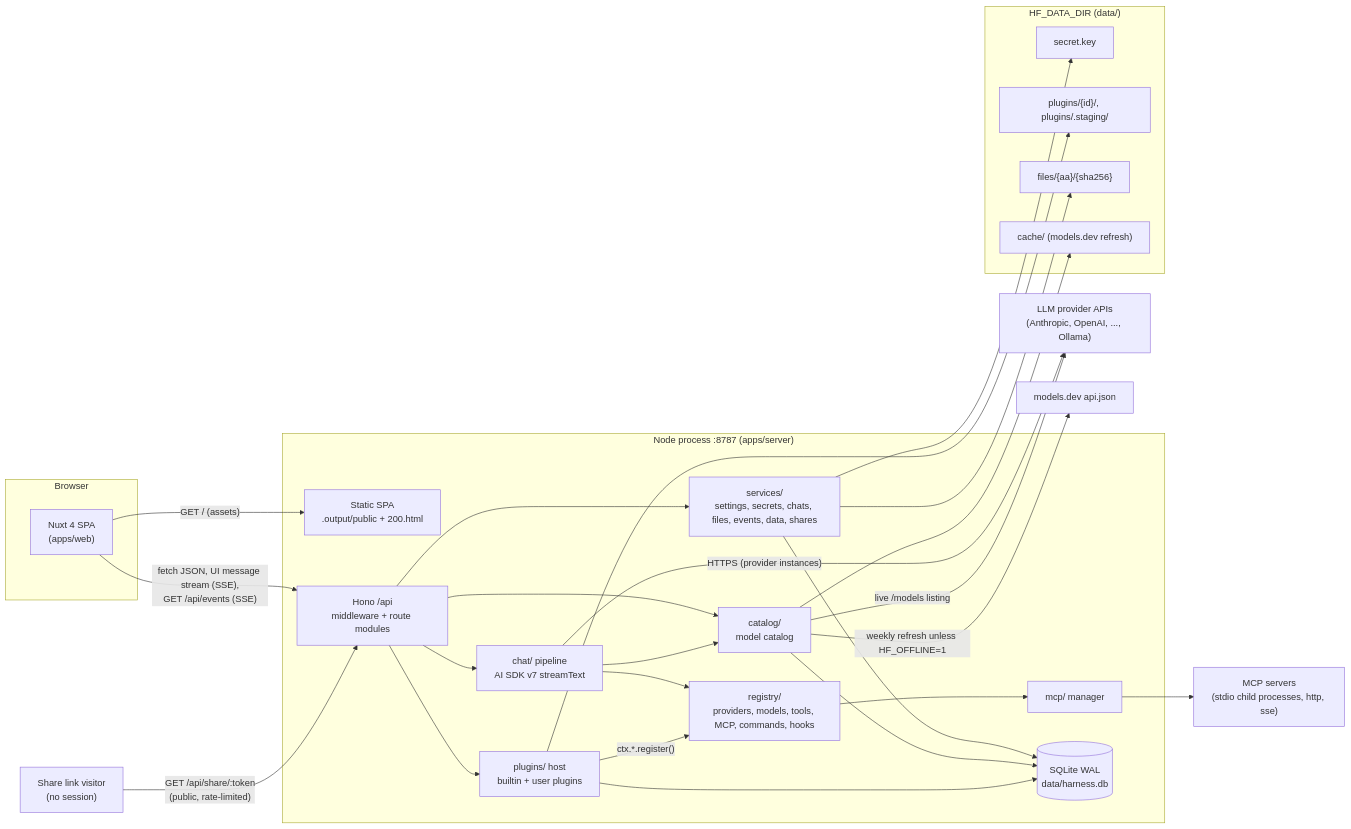
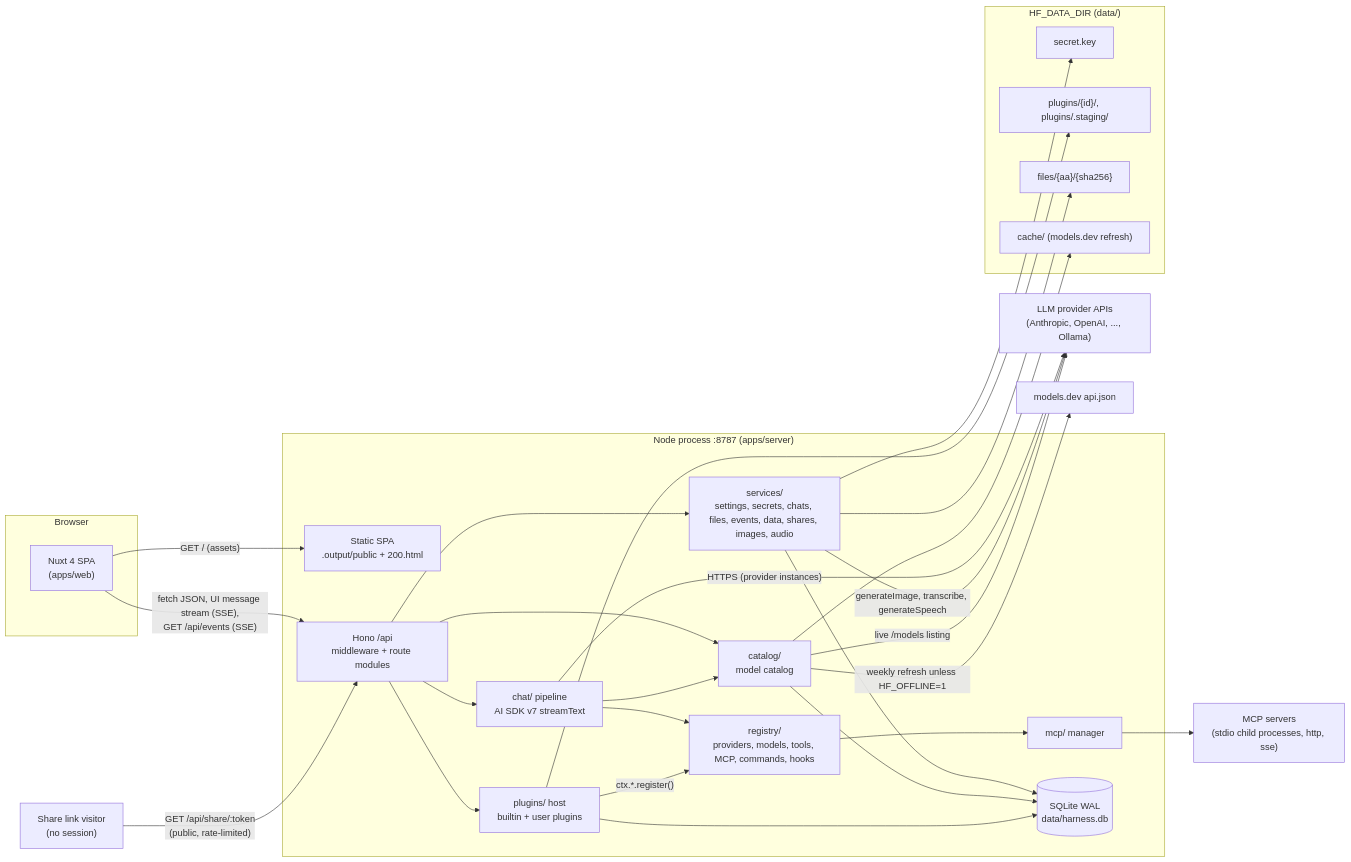
Before and after one commit to maksqi/harness-forge: the first of 15 diagrams in docs/ARCHITECTURE.md, drawn with Mermaid. The commit also changed other lines of this file and 66 other files, not shown here.

````diff
--- a/docs/ARCHITECTURE.md
+++ b/docs/ARCHITECTURE.md
@@ -13,49 +13,50 @@
 ```mermaid
 flowchart LR
   subgraph Browser
     SPA["Nuxt 4 SPA<br/>(apps/web)"]
   end
   subgraph Server["Node process :8787 (apps/server)"]
     Static["Static SPA<br/>.output/public + 200.html"]
     API["Hono /api<br/>middleware + route modules"]
     Chat["chat/ pipeline<br/>AI SDK v7 streamText"]
     Host["plugins/ host<br/>builtin + user plugins"]
     Reg["registry/<br/>providers, models, tools, MCP, commands, hooks"]
     Cat["catalog/<br/>model catalog"]
     MCPM["mcp/ manager"]
-    Svc["services/<br/>settings, secrets, chats, files, events, data, shares"]
+    Svc["services/<br/>settings, secrets, chats, files, events, data, shares, images, audio"]
     DB[("SQLite WAL<br/>data/harness.db")]
   end
   subgraph DataDir["HF_DATA_DIR (data/)"]
     Key["secret.key"]
     PDir["plugins/{id}/, plugins/.staging/"]
     Files["files/{aa}/{sha256}"]
     Cache["cache/ (models.dev refresh)"]
   end
   LLM["LLM provider APIs<br/>(Anthropic, OpenAI, ..., Ollama)"]
   MCPS["MCP servers<br/>(stdio child processes, http, sse)"]
   MD["models.dev api.json"]
 
   SPA -- "fetch JSON, UI message stream (SSE),<br/>GET /api/events (SSE)" --> API
   Visitor["Share link visitor<br/>(no session)"] -- "GET /api/share/:token<br/>(public, rate-limited)" --> API
   SPA -- "GET / (assets)" --> Static
   API --> Chat
   API --> Svc
   API --> Host
   API --> Cat
   Chat --> Reg
   Chat --> Cat
   Host -- "ctx.*.register()" --> Reg
   Reg --> MCPM
   Chat -- "HTTPS (provider instances)" --> LLM
+  Svc -- "generateImage, transcribe, generateSpeech" --> LLM
   Cat -- "live /models listing" --> LLM
   Cat -- "weekly refresh unless HF_OFFLINE=1" --> MD
   MCPM --> MCPS
   Svc --> DB
   Cat --> DB
   Host --> DB
   Svc --> Key
   Svc --> Files
   Host --> PDir
   Cat --> Cache
 ```
````
